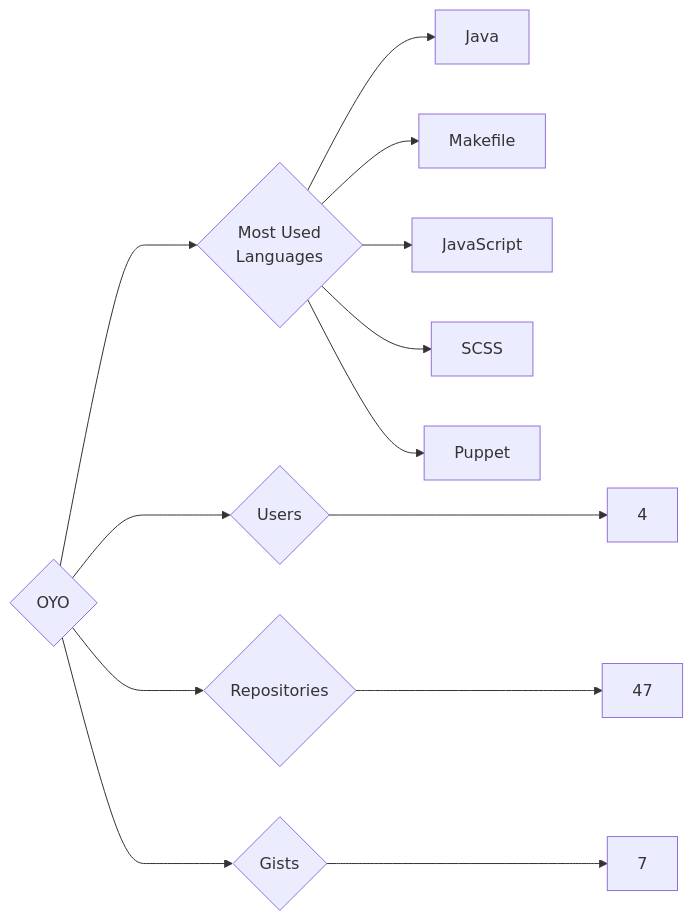
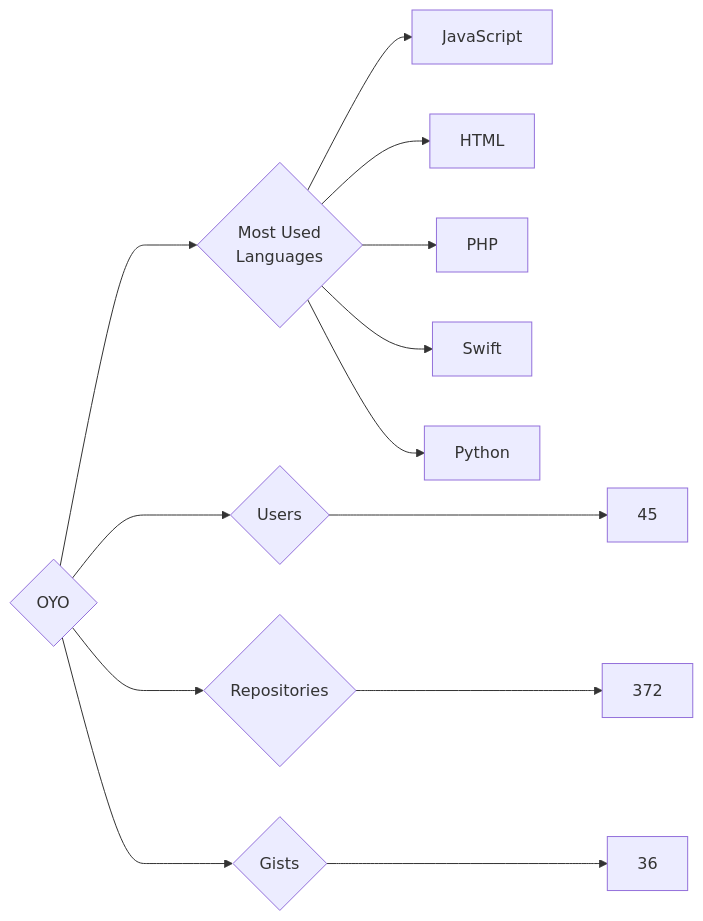
The diagram in targets/OYO/README.md (trickest/insiders), drawn with Mermaid before and after one commit. The commit also changed 903 other files, not shown here.

````diff
--- a/targets/OYO/README.md
+++ b/targets/OYO/README.md
@@ -3,13 +3,13 @@
 ```mermaid
 graph LR
 COMPANY_NAME{OYO}
-COMPANY_NAME ---> U{Users} ---> UN[4]
-COMPANY_NAME ---> R{Repositories} ---> RN[47]
-COMPANY_NAME ---> G{Gists} ---> GN[7]
+COMPANY_NAME ---> U{Users} ---> UN[45]
+COMPANY_NAME ---> R{Repositories} ---> RN[372]
+COMPANY_NAME ---> G{Gists} ---> GN[36]
 COMPANY_NAME ---> ML{Most Used<br>Languages}
-ML --> Java[Java]
-ML --> Makefile[Makefile]
 ML --> JavaScript[JavaScript]
-ML --> SCSS[SCSS]
-ML --> Puppet[Puppet]
+ML --> HTML[HTML]
+ML --> PHP[PHP]
+ML --> Swift[Swift]
+ML --> Python[Python]
 ```
````
